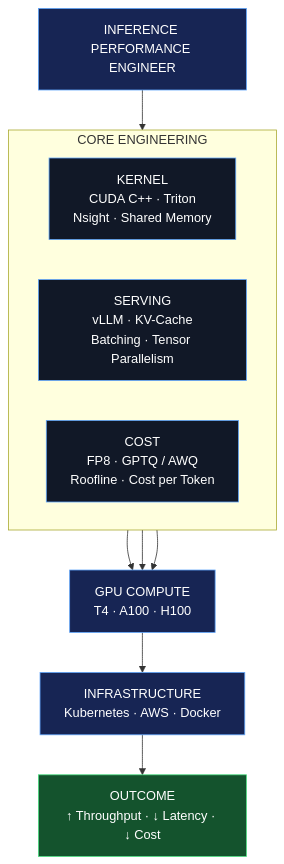
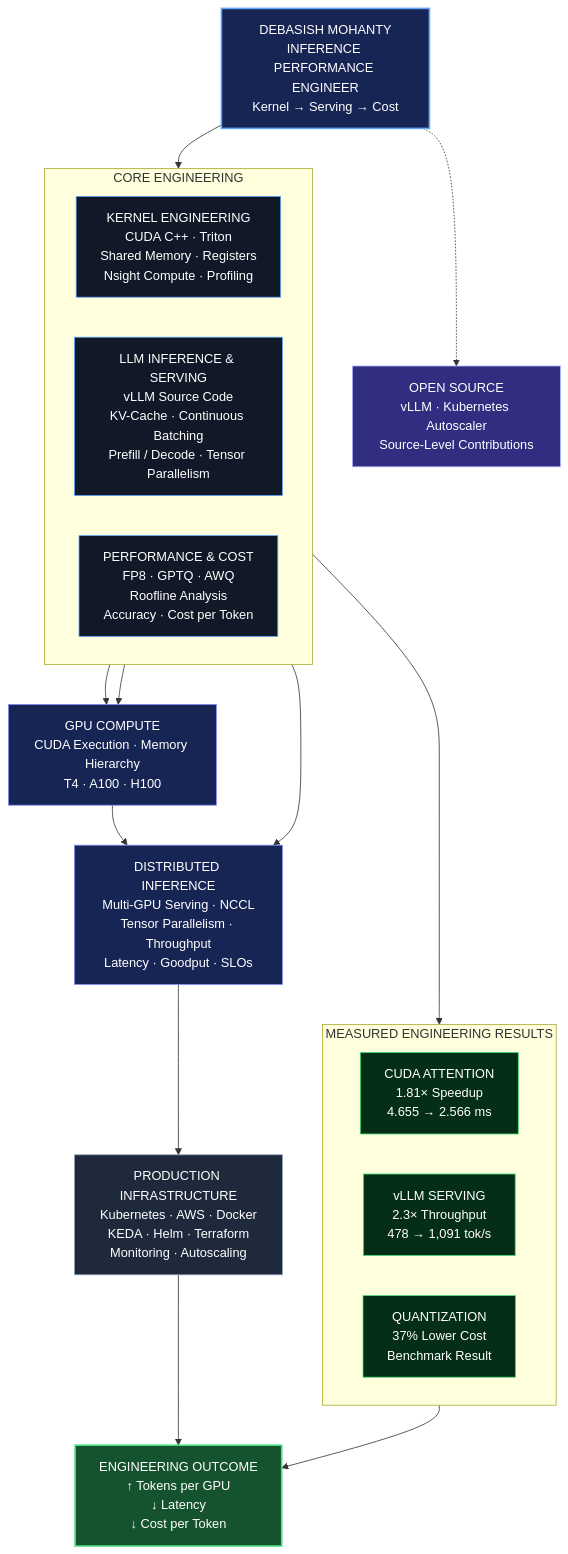
The diagram in README.md (Debasish-87/Debasish-87), drawn with Mermaid before and after one commit. The commit also changed other lines of this file, not shown here.

````diff
--- a/README.md
+++ b/README.md
@@ -16,30 +6,52 @@
 ```mermaid
 flowchart TB
-    A["INFERENCE PERFORMANCE ENGINEER"]
+    A["DEBASISH MOHANTY<br/>INFERENCE PERFORMANCE ENGINEER<br/>Kernel → Serving → Cost"]
 
-    subgraph WORK["CORE ENGINEERING"]
+    subgraph CORE["CORE ENGINEERING"]
         direction LR
-        K["KERNEL<br/>CUDA C++ · Triton<br/>Nsight · Shared Memory"]
-        S["SERVING<br/>vLLM · KV-Cache<br/>Batching · Tensor Parallelism"]
-        C["COST<br/>FP8 · GPTQ / AWQ<br/>Roofline · Cost per Token"]
+        K["KERNEL ENGINEERING<br/>CUDA C++ · Triton<br/>Shared Memory · Registers<br/>Nsight Compute · Profiling"]
+        S["LLM INFERENCE & SERVING<br/>vLLM Source Code<br/>KV-Cache · Continuous Batching<br/>Prefill / Decode · Tensor Parallelism"]
+        C["PERFORMANCE & COST<br/>FP8 · GPTQ · AWQ<br/>Roofline Analysis<br/>Accuracy · Cost per Token"]
     end
 
-    G["GPU COMPUTE<br/>T4 · A100 · H100"]
-    I["INFRASTRUCTURE<br/>Kubernetes · AWS · Docker"]
-    O["OUTCOME<br/>↑ Throughput · ↓ Latency · ↓ Cost"]
+    G["GPU COMPUTE<br/>CUDA Execution · Memory Hierarchy<br/>T4 · A100 · H100"]
 
-    A --> WORK
+    D["DISTRIBUTED INFERENCE<br/>Multi-GPU Serving · NCCL<br/>Tensor Parallelism · Throughput<br/>Latency · Goodput · SLOs"]
+
+    I["PRODUCTION INFRASTRUCTURE<br/>Kubernetes · AWS · Docker<br/>KEDA · Helm · Terraform<br/>Monitoring · Autoscaling"]
+
+    subgraph PROOF["MEASURED ENGINEERING RESULTS"]
+        direction LR
+        P1["CUDA ATTENTION<br/>1.81× Speedup<br/>4.655 → 2.566 ms"]
+        P2["vLLM SERVING<br/>2.3× Throughput<br/>478 → 1,091 tok/s"]
+        P3["QUANTIZATION<br/>37% Lower Cost<br/>Benchmark Result"]
+    end
+
+    O["ENGINEERING OUTCOME<br/>↑ Tokens per GPU<br/>↓ Latency<br/>↓ Cost per Token"]
+
+    OSS["OPEN SOURCE<br/>vLLM · Kubernetes Autoscaler<br/>Source-Level Contributions"]
+
+    A --> CORE
     K --> G
-    S --> G
+    S --> D
     C --> G
-    G --> I
+    G --> D
+    D --> I
     I --> O
+    CORE --> PROOF
+    PROOF --> O
+    A -.-> OSS
 
-    style A fill:#172554,stroke:#60a5fa,color:#ffffff
+    style A fill:#172554,stroke:#60a5fa,color:#ffffff,stroke-width:2px
     style K fill:#111827,stroke:#60a5fa,color:#ffffff
     style S fill:#111827,stroke:#60a5fa,color:#ffffff
     style C fill:#111827,stroke:#60a5fa,color:#ffffff
-    style G fill:#172554,stroke:#60a5fa,color:#ffffff
-    style I fill:#172554,stroke:#60a5fa,color:#ffffff
-    style O fill:#14532d,stroke:#4ade80,color:#ffffff
+    style G fill:#172554,stroke:#818cf8,color:#ffffff
+    style D fill:#172554,stroke:#818cf8,color:#ffffff
+    style I fill:#1e293b,stroke:#94a3b8,color:#ffffff
+    style P1 fill:#052e16,stroke:#4ade80,color:#ffffff
+    style P2 fill:#052e16,stroke:#4ade80,color:#ffffff
+    style P3 fill:#052e16,stroke:#4ade80,color:#ffffff
+    style O fill:#14532d,stroke:#4ade80,color:#ffffff,stroke-width:2px
+    style OSS fill:#312e81,stroke:#a5b4fc,color:#ffffff
 ```
````
